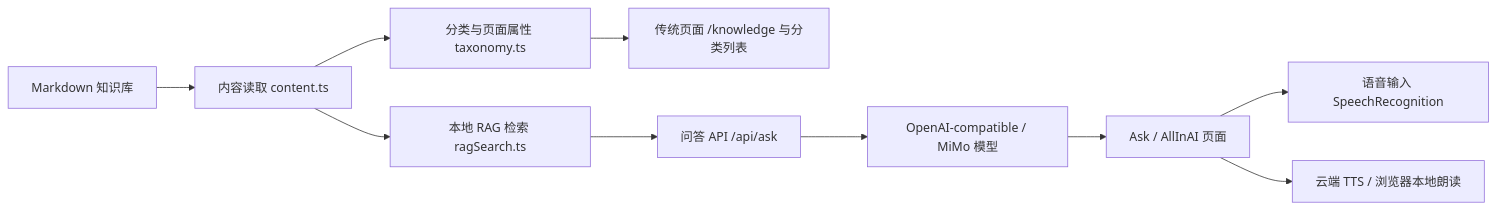
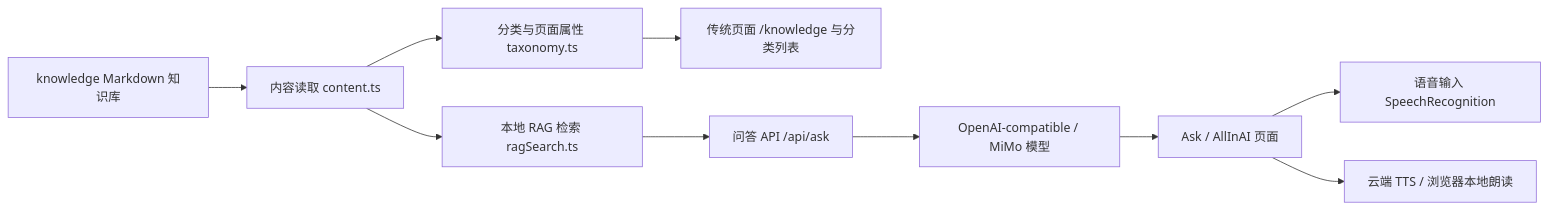
One commit to cnczhouh/ISP-LLMwiki changed the diagram in docs/PROTOTYPE.md. Above: the diagram before and after it, drawn with Mermaid. The commit also changed other lines of this file and 159 other files, not shown here.

````diff
--- a/docs/PROTOTYPE.md
+++ b/docs/PROTOTYPE.md
@@ -50,12 +50,12 @@
 ```mermaid
 flowchart LR
-  A["Markdown 知识库"] --> B["内容读取 content.ts"]
+  A["knowledge Markdown 知识库"] --> B["内容读取 content.ts"]
   B --> C["分类与页面属性 taxonomy.ts"]
   B --> D["本地 RAG 检索 ragSearch.ts"]
   C --> E["传统页面 /knowledge 与分类列表"]
   D --> F["问答 API /api/ask"]
   F --> G["OpenAI-compatible / MiMo 模型"]
   G --> H["Ask / AllInAI 页面"]
   H --> I["语音输入 SpeechRecognition"]
   H --> J["云端 TTS / 浏览器本地朗读"]
 ```
````
